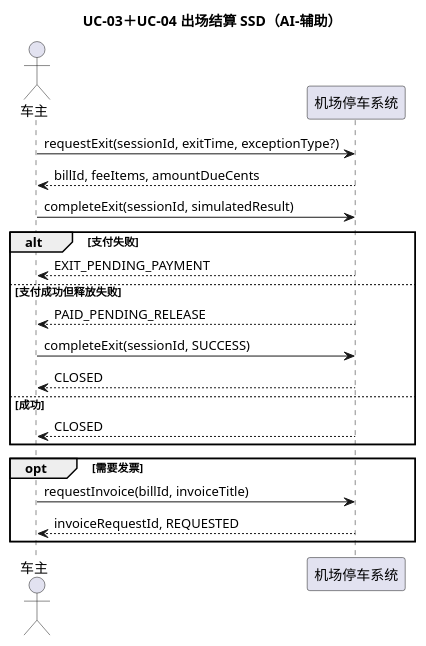
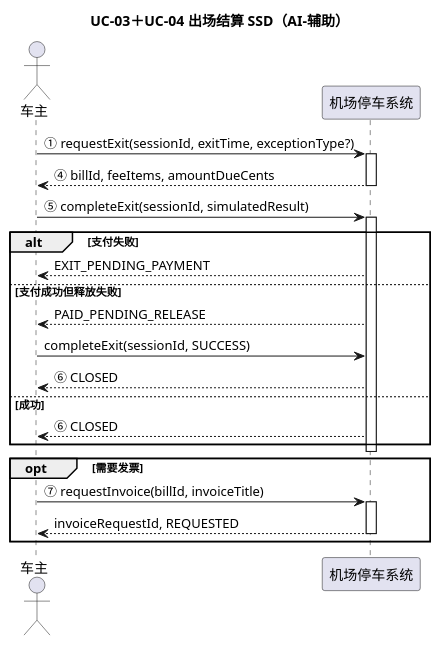
One commit to Gindama713/UMLWORK changed the diagram in models/07-exit-ssd.puml. Above: the diagram before and after it, drawn with PlantUML. The commit also changed 39 other files, not shown here.

Commit message:
refine UML notation and report figure layout

```diff
--- a/models/07-exit-ssd.puml
+++ b/models/07-exit-ssd.puml
@@ -1,21 +1,27 @@
 @startuml
 title UC-03＋UC-04 出场结算 SSD（AI-辅助）
 actor 车主
 participant "机场停车系统" as system
-车主 -> system : requestExit(sessionId, exitTime, exceptionType?)
-system --> 车主 : billId, feeItems, amountDueCents
-车主 -> system : completeExit(sessionId, simulatedResult)
+车主 -> system : ① requestExit(sessionId, exitTime, exceptionType?)
+activate system
+system --> 车主 : ④ billId, feeItems, amountDueCents
+deactivate system
+车主 -> system : ⑤ completeExit(sessionId, simulatedResult)
+activate system
 alt 支付失败
   system --> 车主 : EXIT_PENDING_PAYMENT
 else 支付成功但释放失败
   system --> 车主 : PAID_PENDING_RELEASE
   车主 -> system : completeExit(sessionId, SUCCESS)
-  system --> 车主 : CLOSED
+  system --> 车主 : ⑥ CLOSED
 else 成功
-  system --> 车主 : CLOSED
+  system --> 车主 : ⑥ CLOSED
 end
+deactivate system
 opt 需要发票
-  车主 -> system : requestInvoice(billId, invoiceTitle)
+  车主 -> system : ⑦ requestInvoice(billId, invoiceTitle)
+  activate system
   system --> 车主 : invoiceRequestId, REQUESTED
+  deactivate system
 end
 @enduml
```
